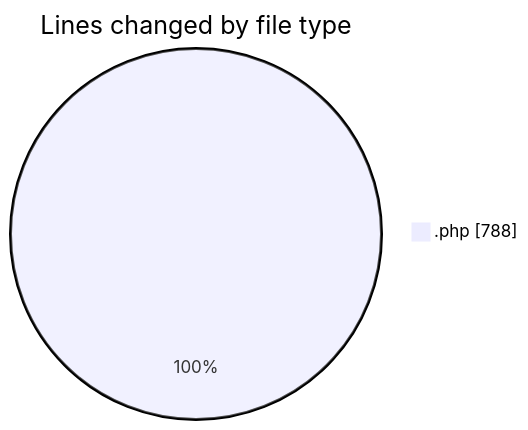
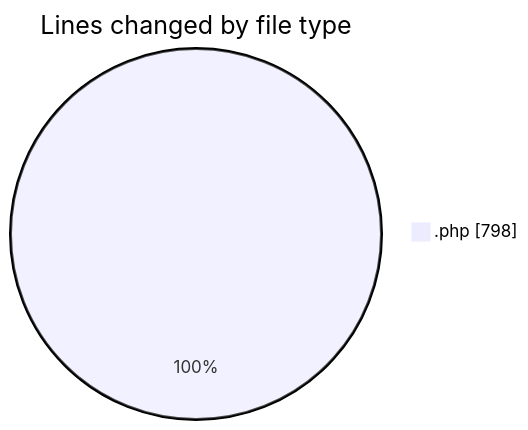
The first of 2 diagrams in 2025-03-23/zeytoon/README.md (vahidmafi/code-tracking), drawn with Mermaid before and after one commit. The commit also changed other lines of this file and 1 other file, not shown here.

````diff
--- a/2025-03-23/zeytoon/README.md
+++ b/2025-03-23/zeytoon/README.md
@@ -21,5 +21,5 @@
 ```mermaid
 pie showData
 title Lines changed by file type
-".php" : 788
+".php" : 798
 ```
````
